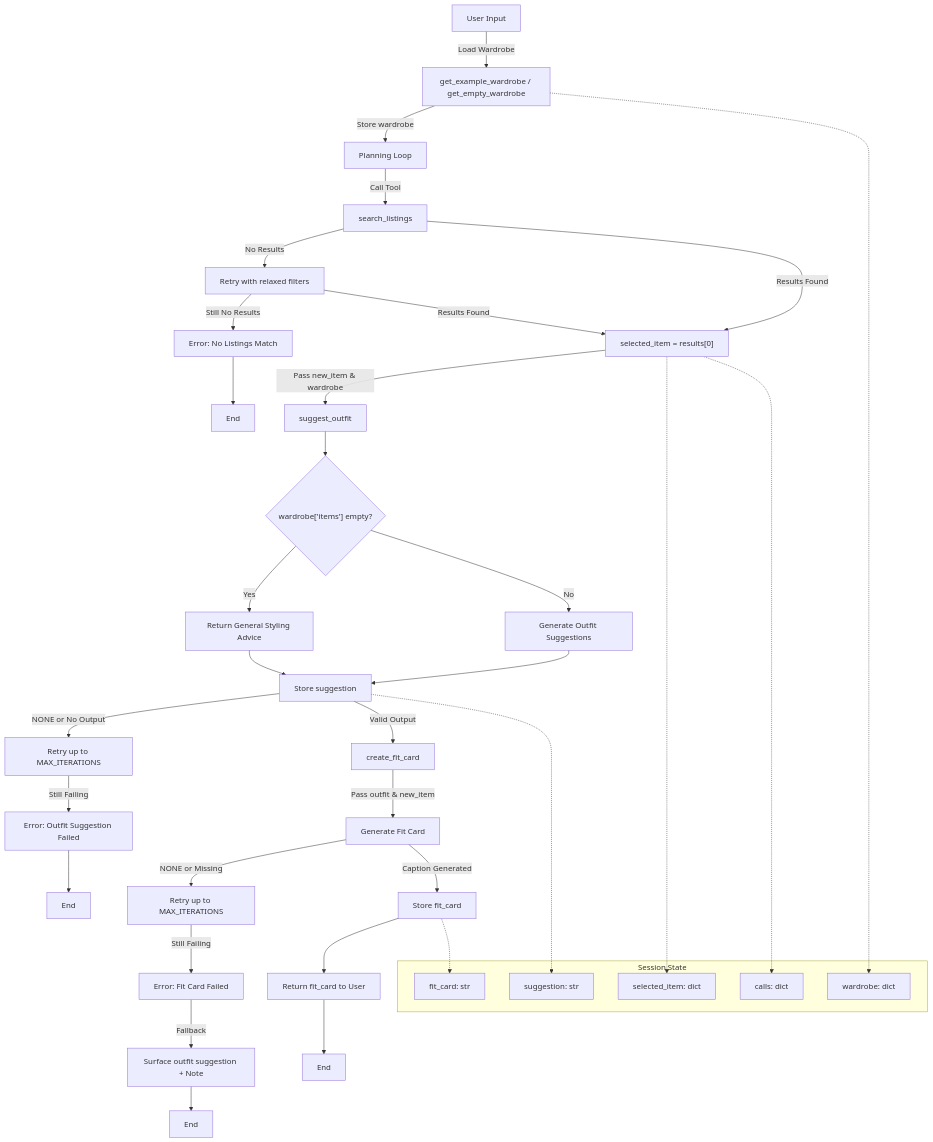
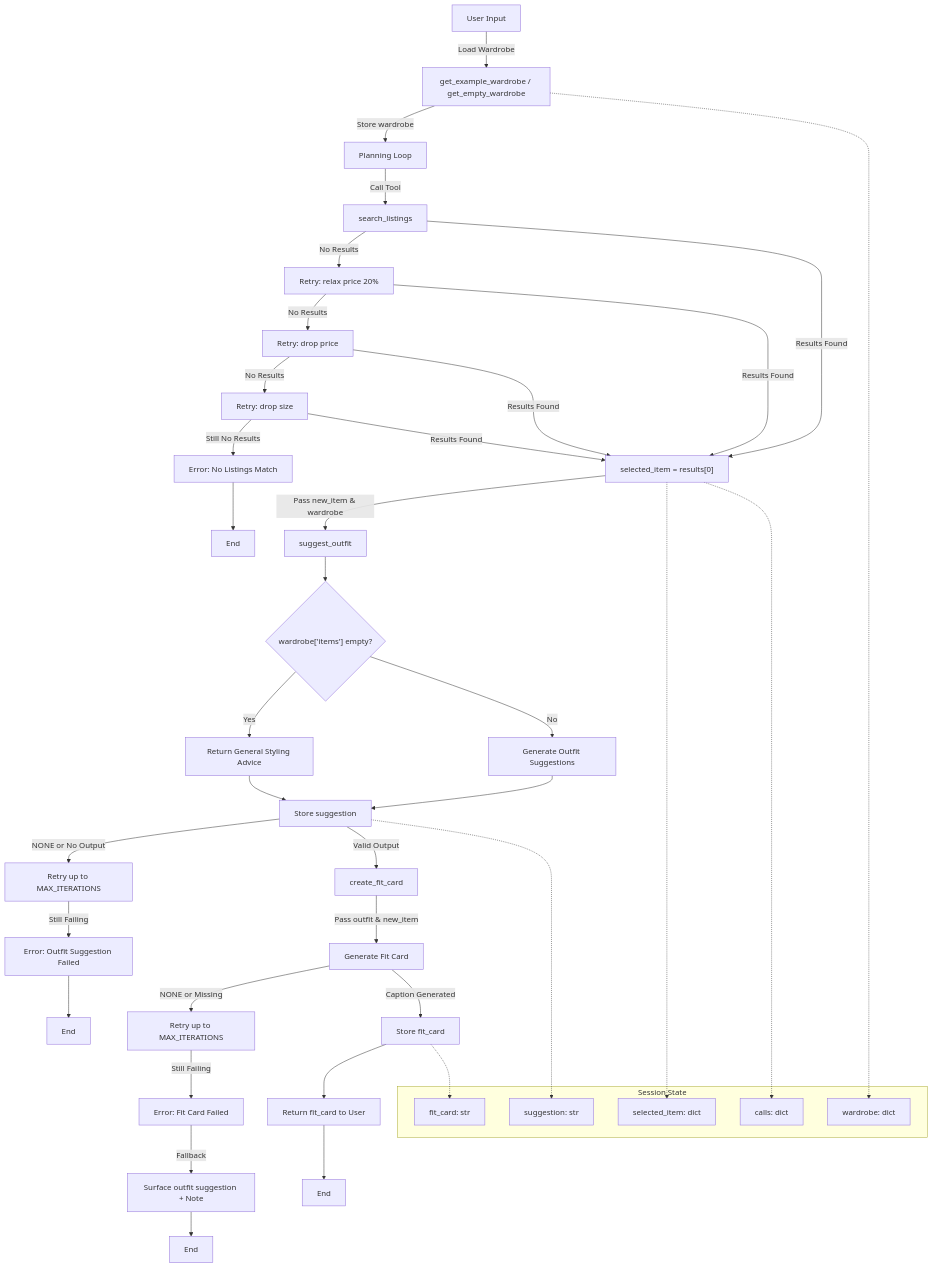
One commit to KerolosAssad/ai201-project2-fitfindr-starter changed the diagram in planning.md. Above: the diagram before and after it, drawn with Mermaid. The commit also changed other lines of this file and 5 other files, not shown here.

````diff
--- a/planning.md
+++ b/planning.md
@@ -111,52 +118,56 @@
 ```mermaid
 graph TD
     UserInput[User Input] -->|Load Wardrobe| GetWardrobe[get_example_wardrobe / get_empty_wardrobe]
     GetWardrobe -->|Store wardrobe| PlanningLoop[Planning Loop]
     PlanningLoop -->|Call Tool| SearchListings[search_listings]
 
-    SearchListings -->|No Results| RetrySearch[Retry with relaxed filters]
-    RetrySearch -->|Still No Results| ErrorNoMatch[Error: No Listings Match]
+    SearchListings -->|No Results| RetryPrice20[Retry: relax price 20%]
+    RetryPrice20 -->|No Results| RetryDropPrice[Retry: drop price]
+    RetryDropPrice -->|No Results| RetryDropSize[Retry: drop size]
+    RetryDropSize -->|Still No Results| ErrorNoMatch[Error: No Listings Match]
     ErrorNoMatch --> End1[End]
 
     SearchListings -->|Results Found| StoreSelected["selected_item = results[0]"]
-    RetrySearch -->|Results Found| StoreSelected
+    RetryPrice20 -->|Results Found| StoreSelected
+    RetryDropPrice -->|Results Found| StoreSelected
+    RetryDropSize -->|Results Found| StoreSelected
 
     StoreSelected -->|Pass new_item & wardrobe| SuggestOutfit[suggest_outfit]
 
     SuggestOutfit --> CheckItems{"wardrobe['items'] empty?"}
     CheckItems -->|Yes| FallbackAdvice[Return General Styling Advice]
     CheckItems -->|No| GenerateOutfit[Generate Outfit Suggestions]
 
     FallbackAdvice --> StoreOutfit[Store suggestion]
     GenerateOutfit --> StoreOutfit
 
     StoreOutfit -->|NONE or No Output| RetryOutfit[Retry up to MAX_ITERATIONS]
     RetryOutfit -->|Still Failing| ErrorOutfitFail[Error: Outfit Suggestion Failed]
     ErrorOutfitFail --> End2[End]
 
     StoreOutfit -->|Valid Output| CreateFitCard[create_fit_card]
     CreateFitCard -->|Pass outfit & new_item| GenerateFitCard[Generate Fit Card]
 
     GenerateFitCard -->|NONE or Missing| RetryFitCard[Retry up to MAX_ITERATIONS]
     RetryFitCard -->|Still Failing| ErrorFitCardFail[Error: Fit Card Failed]
     ErrorFitCardFail -->|Fallback| SurfaceOutfit[Surface outfit suggestion + Note]
     SurfaceOutfit --> End3[End]
 
     GenerateFitCard -->|Caption Generated| StoreFitCard[Store fit_card]
     StoreFitCard --> FinalOutput[Return fit_card to User]
     FinalOutput --> End4[End]
 
     subgraph SessionState ["Session State"]
         StateVar1["selected_item: dict"]
         StateVar2["suggestion: str"]
         StateVar3["wardrobe: dict"]
         StateVar4["fit_card: str"]
         StateVar5["calls: dict"]
     end
 
     StoreSelected -.-> StateVar1
     StoreOutfit -.-> StateVar2
     GetWardrobe -.-> StateVar3
     StoreFitCard -.-> StateVar4
     StoreSelected -.-> StateVar5
 ```
````
